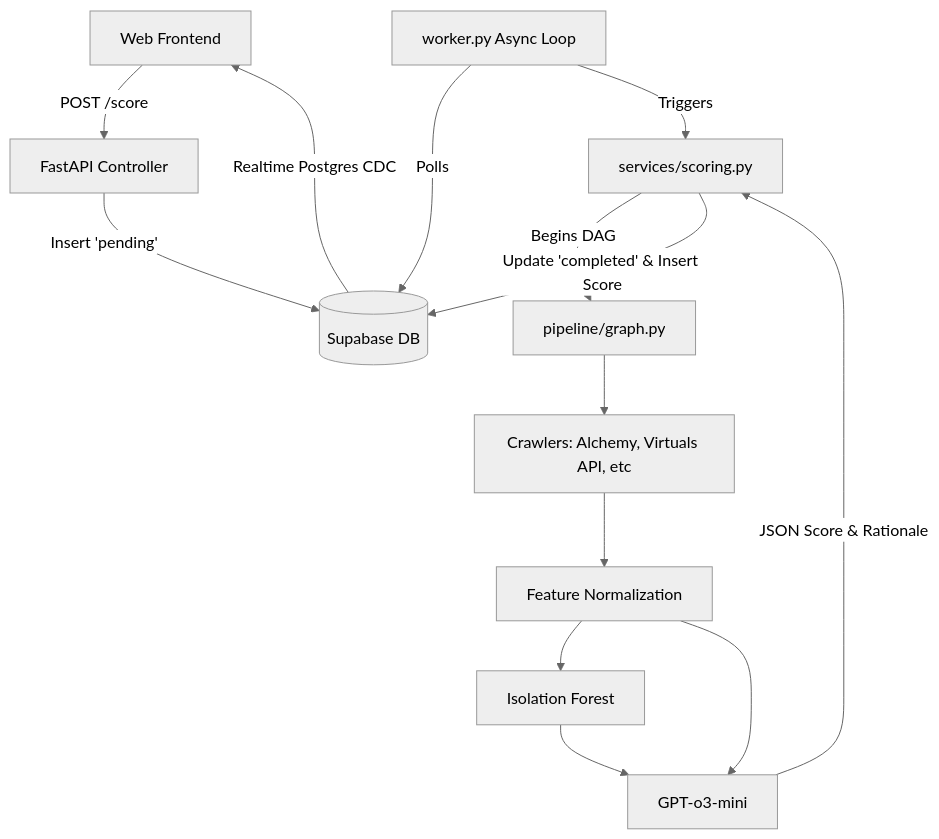
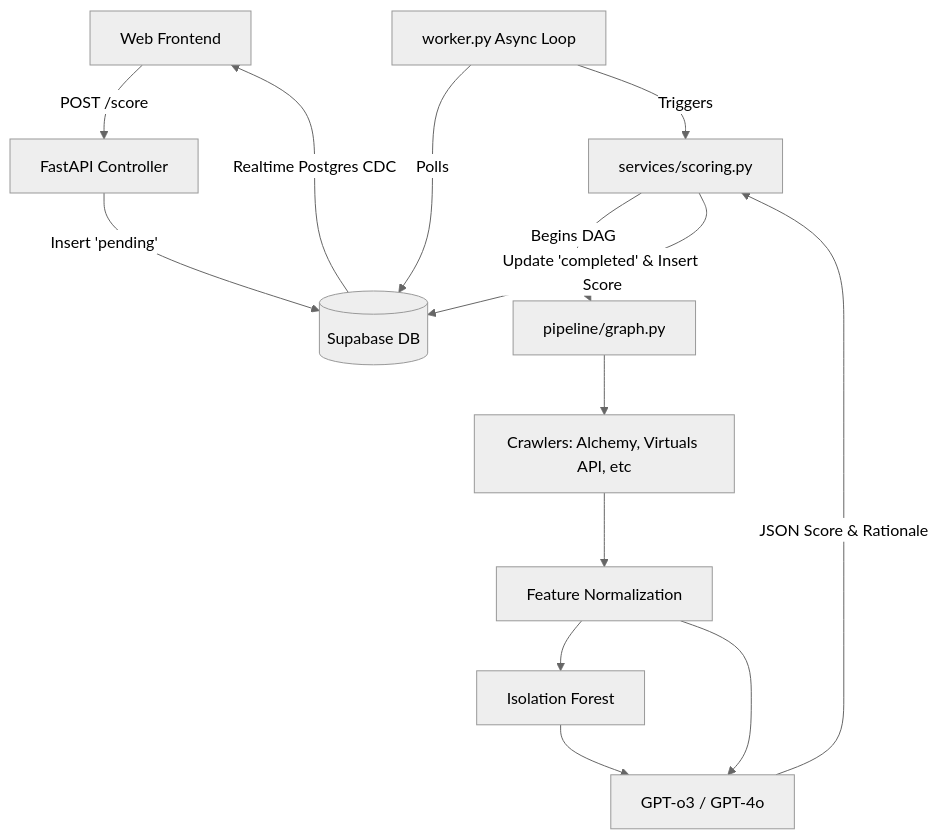
One commit to priyancjain/CruX_ETHMumbai_2026 changed the diagram in backend_architecture.md. Above: the diagram before and after it, drawn with Mermaid (neutral theme). The commit also changed other lines of this file and 4 other files, not shown here.

````diff
--- a/backend_architecture.md
+++ b/backend_architecture.md
@@ -44,21 +45,21 @@
 ```mermaid
 graph TD
     Client[Web Frontend] -->|POST /score| API[FastAPI Controller]
     API -->|Insert 'pending'| DB[(Supabase DB)]
     
     Worker[worker.py Async Loop] -->|Polls| DB
     Worker -->|Triggers| Scoring[services/scoring.py]
     
     Scoring -->|Begins DAG| LangGraph[pipeline/graph.py]
     
     LangGraph --> CrawlerNodes[Crawlers: Alchemy, Virtuals API, etc]
     CrawlerNodes --> Normalization[Feature Normalization]
     Normalization --> Anomaly[Isolation Forest]
-    Normalization --> OpenAI[GPT-o3-mini]
+    Normalization --> OpenAI[GPT-o3 / GPT-4o]
     Anomaly --> OpenAI
 
     OpenAI -->|JSON Score & Rationale| Scoring
     Scoring -->|Update 'completed' & Insert Score| DB
     
     DB -->|Realtime Postgres CDC| Client
 ```
````
